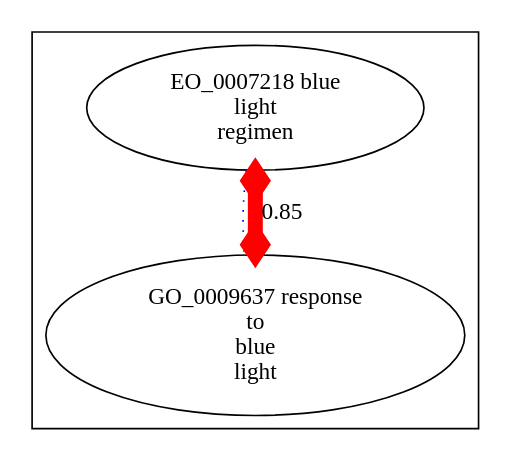
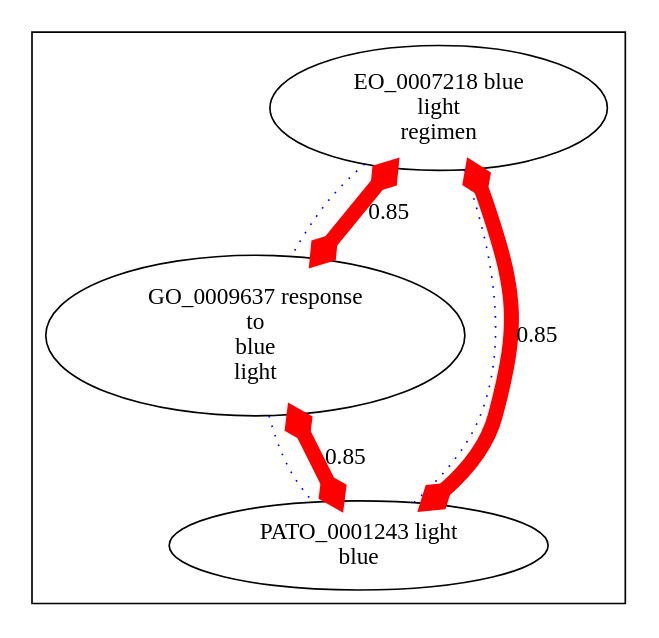
Before and after one commit to cmungall/radiation-ontology: the diagram in target/img-GO_0009637.dot, drawn with Graphviz. The commit also changed 28 other files, not shown here.

```diff
--- a/target/img-GO_0009637.dot
+++ b/target/img-GO_0009637.dot
@@ -1,11 +1,21 @@
 digraph cliquegraph {
 subgraph cluster_GO_0009637 {GO_0009637 [ label="GO_0009637 response
 to
 blue
 light" ];
 EO_0007218 [ label="EO_0007218 blue
 light
-regimen" ];}
+regimen" ];
+PATO_0001243 [ label="PATO_0001243 light
+blue" ];}
 EO_0007218 -> GO_0009637 [ arrowhead = none, penwidth=1, color=blue, label="", style=dotted]
+
+EO_0007218 -> PATO_0001243 [ arrowhead = none, penwidth=1, color=blue, label="", style=dotted]
+
+GO_0009637 -> PATO_0001243 [ arrowhead = none, penwidth=1, color=blue, label="", style=dotted]
+GO_0009637 -> PATO_0001243 [ arrowhead = ediamond, penwidth=9, color=red, label="0.85", style=solid, arrowtail=ediamond, dir=both]
+
 EO_0007218 -> GO_0009637 [ arrowhead = ediamond, penwidth=9, color=red, label="0.85", style=solid, arrowtail=ediamond, dir=both]
+
+EO_0007218 -> PATO_0001243 [ arrowhead = ediamond, penwidth=9, color=red, label="0.85", style=solid, arrowtail=ediamond, dir=both]
 }
```
